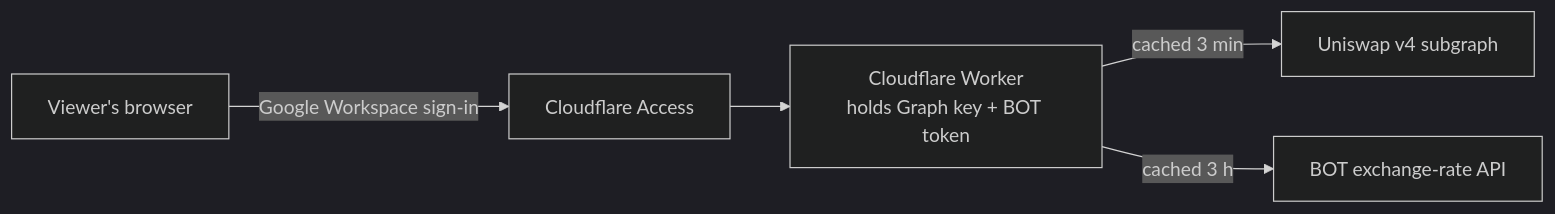
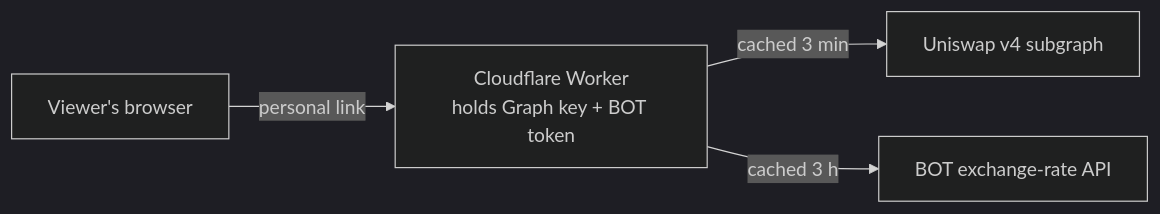
Before and after one commit to jamesliew-abc/uniswap-lp-price: the diagram in shared-dashboard/README.md, drawn with Mermaid (dark theme). The commit also changed other lines of this file and 5 other files, not shown here.

First line of the commit message:
Shared dashboard: add personal-link access, fix wrangler.toml

````diff
--- a/shared-dashboard/README.md
+++ b/shared-dashboard/README.md
@@ -9,7 +9,6 @@
 ```mermaid
 flowchart LR
-    V[Viewer's browser] -->|Google Workspace sign-in| A[Cloudflare Access]
-    A --> W[Cloudflare Worker<br/>holds Graph key + BOT token]
+    V[Viewer's browser] -->|personal link| W[Cloudflare Worker<br/>holds Graph key + BOT token]
     W -->|cached 3 min| G[Uniswap v4 subgraph]
     W -->|cached 3 h| B[BOT exchange-rate API]
 ```
````
